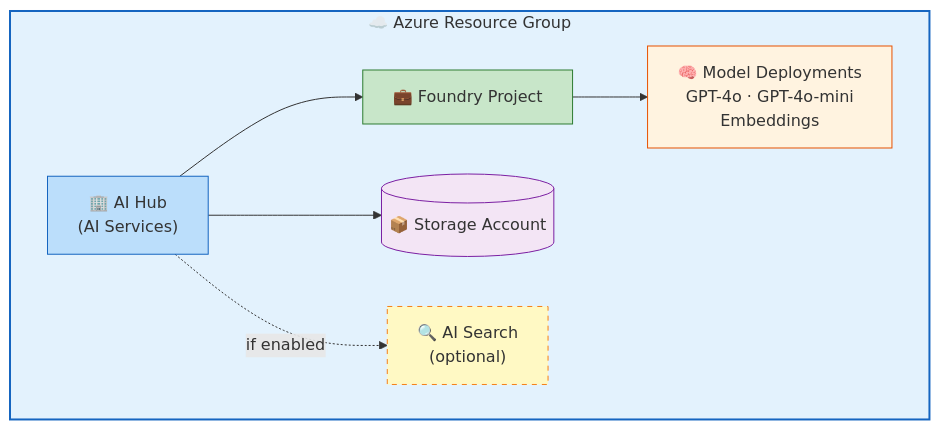
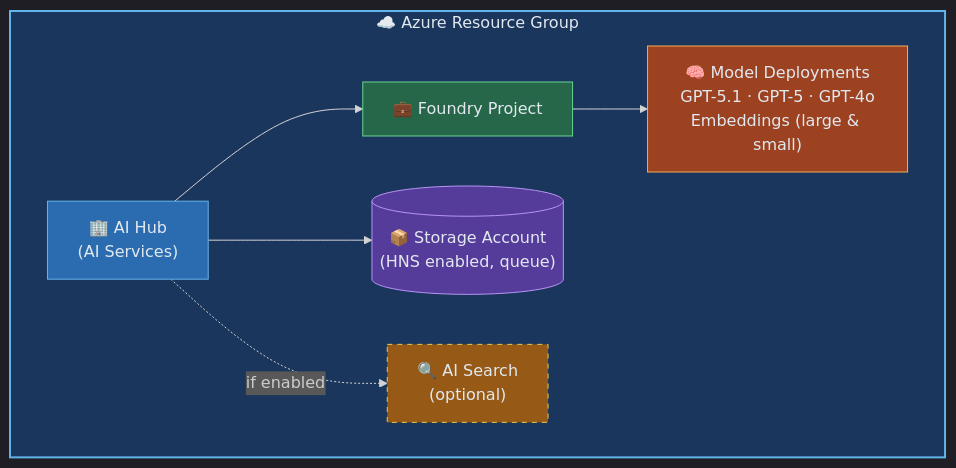
Before and after one commit to ks6088ts/template-github-copilot: the diagram in infra/scenarios/azure_microsoft_foundry/README.md, drawn with Mermaid. The commit also changed other lines of this file and 13 other files, not shown here.

````diff
--- a/infra/scenarios/azure_microsoft_foundry/README.md
+++ b/infra/scenarios/azure_microsoft_foundry/README.md
@@ -24,22 +24,23 @@
 ```mermaid
+%%{init: {'theme': 'dark'}}%%
 flowchart TB
     subgraph RG["☁️ Azure Resource Group"]
         Hub["🏢 AI Hub\n(AI Services)"]
         Project["💼 Foundry Project"]
-        Models["🧠 Model Deployments\nGPT-4o · GPT-4o-mini\nEmbeddings"]
-        Storage[("📦 Storage Account")]
+        Models["🧠 Model Deployments\nGPT-5.1 · GPT-5 · GPT-4o\nEmbeddings (large & small)"]
+        Storage[("📦 Storage Account\n(HNS enabled, queue)")]
         Search["🔍 AI Search\n(optional)"]
     end
 
     Hub --> Project
     Project --> Models
     Hub --> Storage
     Hub -. "if enabled" .-> Search
 
-    style RG fill:#e3f2fd,stroke:#1565C0,stroke-width:2px
-    style Hub fill:#bbdefb,stroke:#1565C0
-    style Project fill:#c8e6c9,stroke:#2e7d32
-    style Models fill:#fff3e0,stroke:#e65100
-    style Storage fill:#f3e5f5,stroke:#7b1fa2
-    style Search fill:#fff9c4,stroke:#f57f17,stroke-dasharray: 5 5
+    style RG fill:#1a365d,stroke:#63b3ed,stroke-width:2px,color:#e2e8f0
+    style Hub fill:#2b6cb0,stroke:#63b3ed,color:#e2e8f0
+    style Project fill:#276749,stroke:#68d391,color:#e2e8f0
+    style Models fill:#9c4221,stroke:#f6ad55,color:#e2e8f0
+    style Storage fill:#553c9a,stroke:#b794f4,color:#e2e8f0
+    style Search fill:#975a16,stroke:#ecc94b,stroke-dasharray: 5 5,color:#e2e8f0
 ```
````
